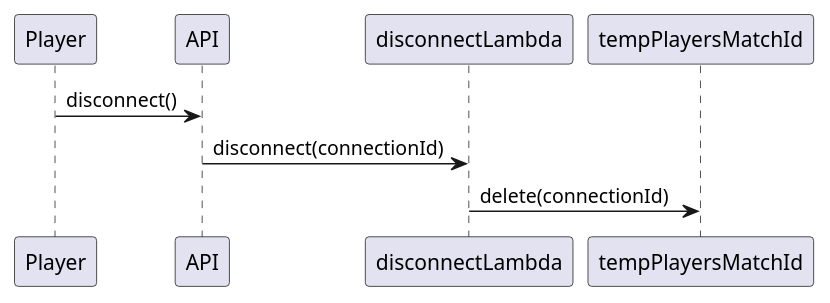
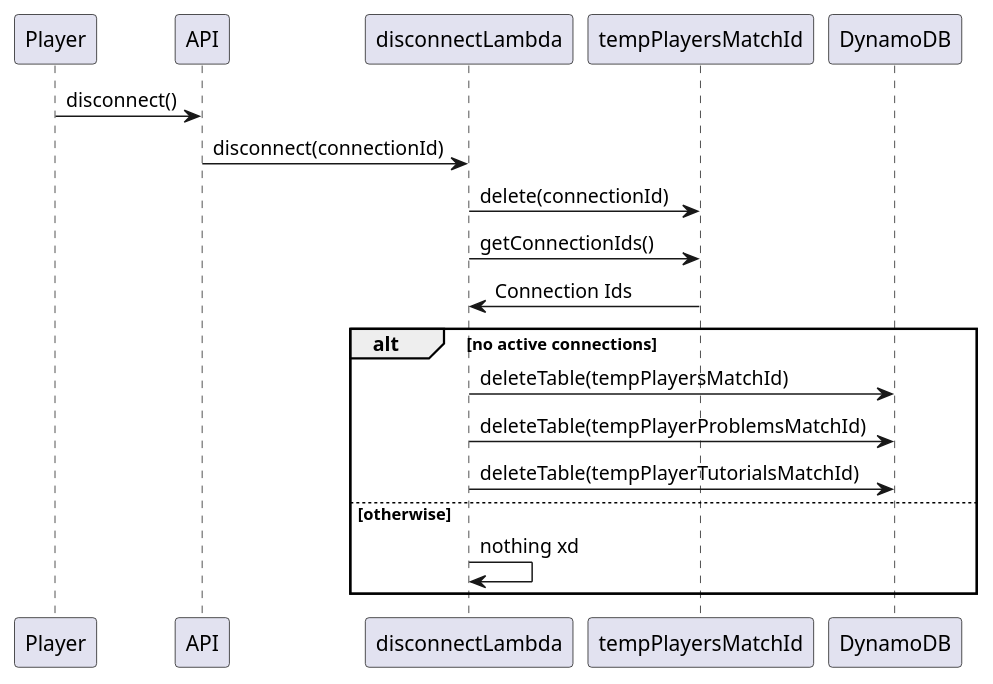
The diagram in disconnect.puml (joaquin30/koderush-backend), drawn with PlantUML before and after one commit.

Commit message:
minor diagram update

```diff
--- a/disconnect.puml
+++ b/disconnect.puml
@@ -1,7 +1,15 @@
 @startuml koderush-disconnect
 
 Player -> API : disconnect()
 API -> disconnectLambda : disconnect(connectionId)
 disconnectLambda -> tempPlayersMatchId : delete(connectionId)
-
+disconnectLambda -> tempPlayersMatchId : getConnectionIds()
+tempPlayersMatchId -> disconnectLambda : Connection Ids
+alt no active connections
+    disconnectLambda -> DynamoDB : deleteTable(tempPlayersMatchId)
+    disconnectLambda -> DynamoDB : deleteTable(tempPlayerProblemsMatchId)
+    disconnectLambda -> DynamoDB : deleteTable(tempPlayerTutorialsMatchId)
+else otherwise
+    disconnectLambda -> disconnectLambda: nothing xd
+end
 @enduml
```
